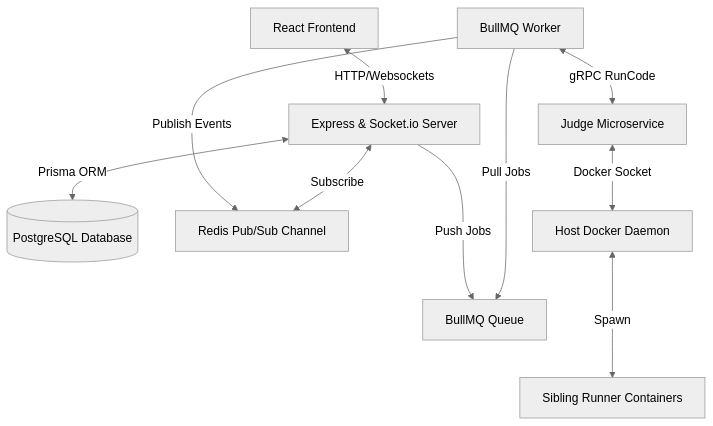
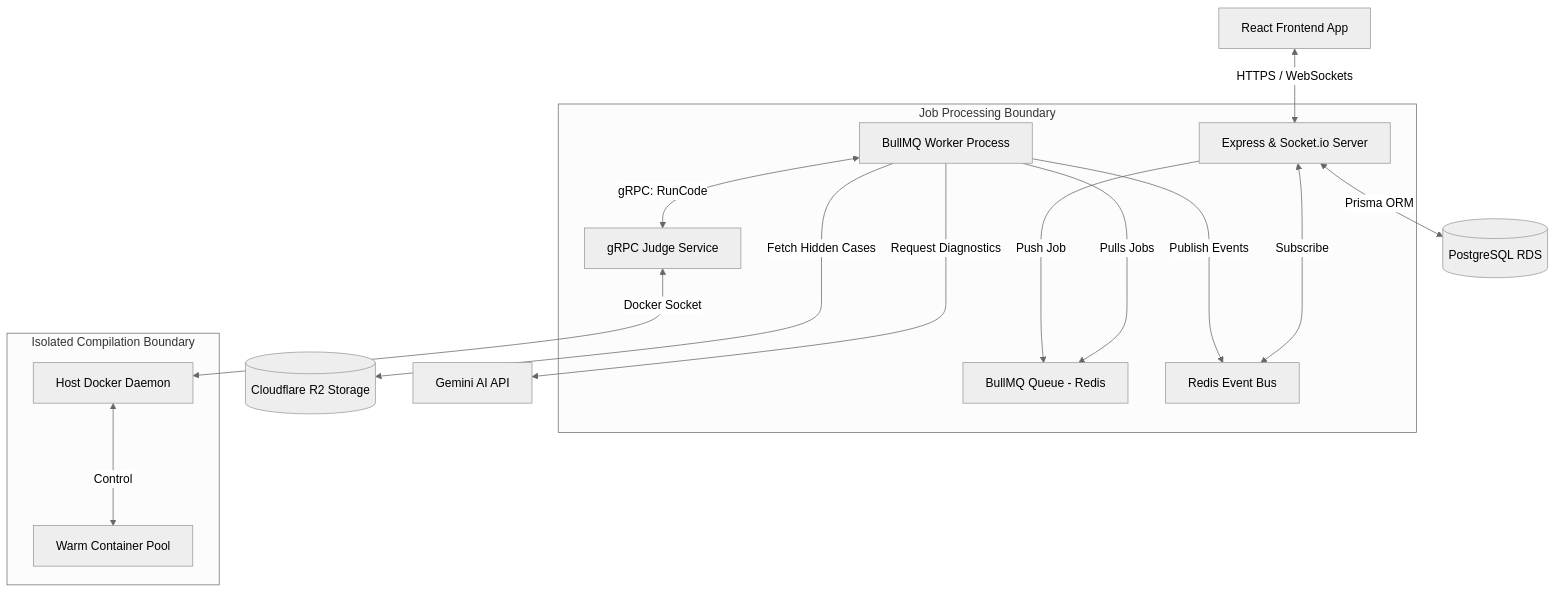
Before and after one commit to aditya3012singh/Challeng-X: the diagram in README.md, drawn with Mermaid (neutral theme). The commit also changed other lines of this file, not shown here.

Commit message:
docs: update README with refreshed core features, refined architectural diagrams, and updated setup instructions

````diff
--- a/README.md
+++ b/README.md
@@ -124,12 +42,21 @@
 ```mermaid
 graph TD
-    Client[React Frontend] <-->|HTTP/Websockets| Express[Express & Socket.io Server]
-    Express <-->|Prisma ORM| DB[(PostgreSQL Database)]
-    Express --->|Push Jobs| Queue[BullMQ Queue]
-    Worker[BullMQ Worker] --->|Pull Jobs| Queue
-    Worker <-->|gRPC RunCode| Judge[Judge Microservice]
-    Worker --->|Publish Events| RedisPub[Redis Pub/Sub Channel]
-    Express <-->|Subscribe| RedisPub
-    Judge <-->|Docker Socket| Daemon[Host Docker Daemon]
-    Daemon <--->|Spawn| Containers[Sibling Runner Containers]
+    Client[React Frontend App] <-->|HTTPS / WebSockets| Express[Express & Socket.io Server]
+    Express <-->|Prisma ORM| PG[(PostgreSQL RDS)]
+    Express --->|Push Job| Queue[BullMQ Queue - Redis]
+    
+    subgraph Job Processing Boundary
+        Worker[BullMQ Worker Process] --->|Pulls Jobs| Queue
+        Worker <-->|gRPC: RunCode| Judge[gRPC Judge Service]
+        Worker --->|Publish Events| RedisPub[Redis Event Bus]
+        Express <-->|Subscribe| RedisPub
+    end
+    
+    subgraph Isolated Compilation Boundary
+        Judge <-->|Docker Socket| Daemon[Host Docker Daemon]
+        Daemon <--->|Control| Sandboxes[Warm Container Pool]
+    end
+    
+    Worker --->|Fetch Hidden Cases| R2[(Cloudflare R2 Storage)]
+    Worker --->|Request Diagnostics| Gemini[Gemini AI API]
 ```
````
